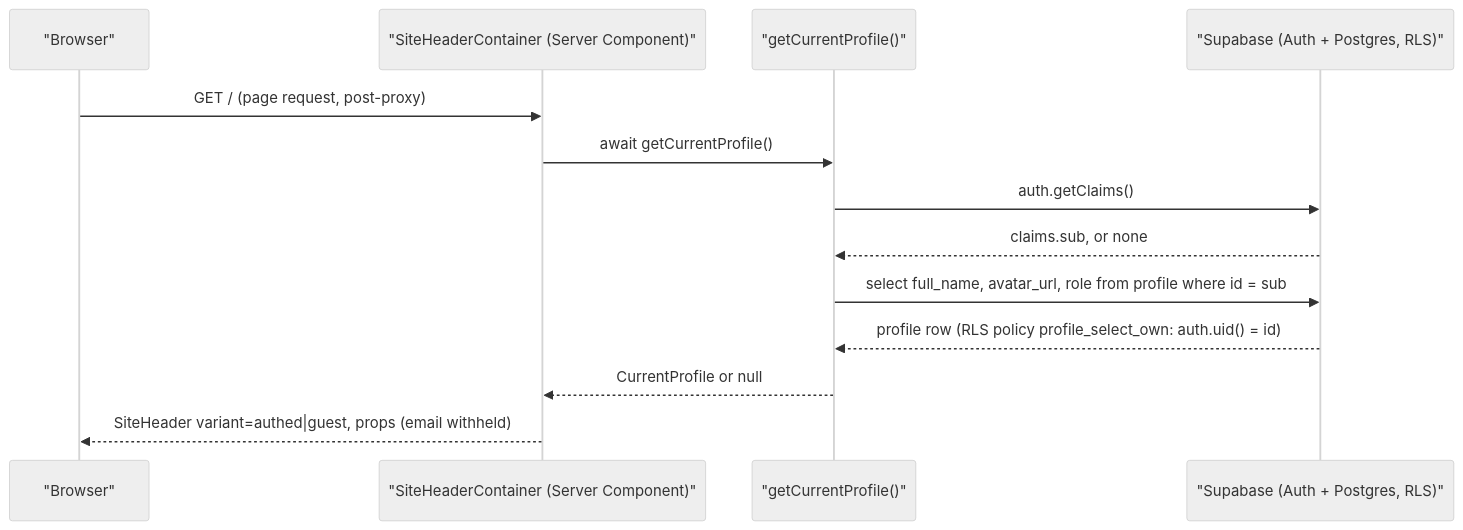
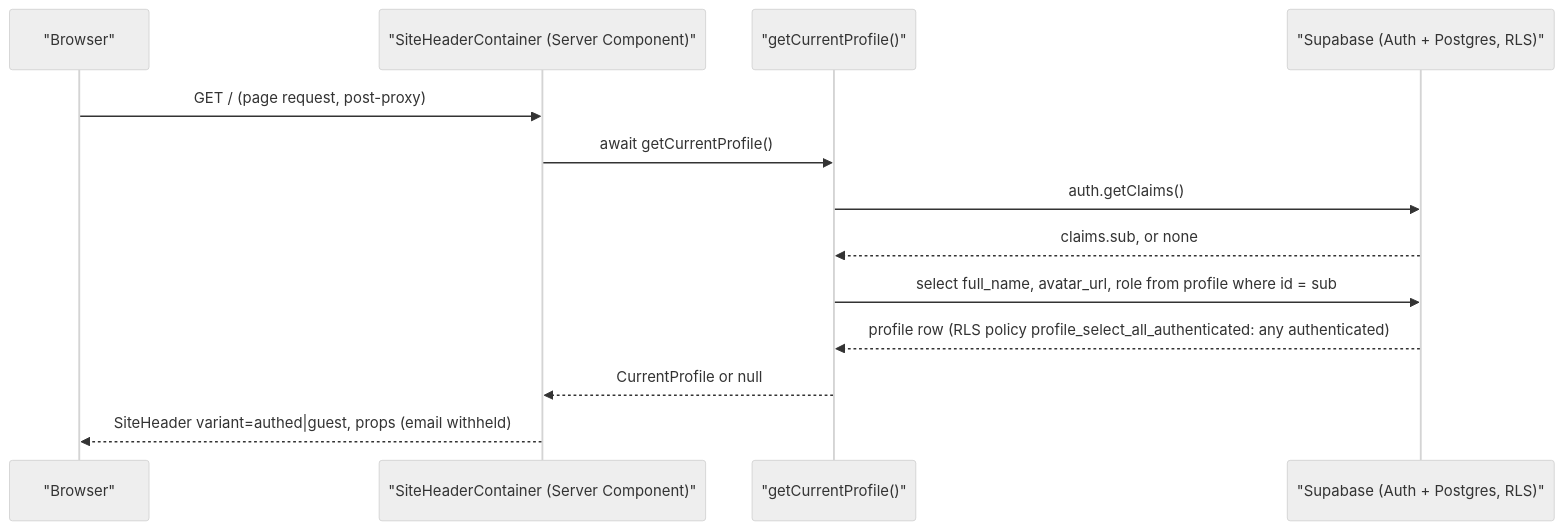
Before and after one commit to phidq-2581/saa-2025-web: the eighth of 8 diagrams in docs/system/architecture.md, drawn with Mermaid (neutral theme). The commit also changed other lines of this file and 26 other files, not shown here.

````diff
--- a/docs/system/architecture.md
+++ b/docs/system/architecture.md
@@ -173,16 +378,16 @@
 ```mermaid
 sequenceDiagram
     participant UI as "Browser"
     participant API as "SiteHeaderContainer (Server Component)"
     participant SVC as "getCurrentProfile()"
     participant STORE as "Supabase (Auth + Postgres, RLS)"
 
     UI->>API: GET / (page request, post-proxy)
     API->>SVC: await getCurrentProfile()
     SVC->>STORE: auth.getClaims()
     STORE-->>SVC: claims.sub, or none
     SVC->>STORE: select full_name, avatar_url, role from profile where id = sub
-    STORE-->>SVC: profile row (RLS policy profile_select_own: auth.uid() = id)
+    STORE-->>SVC: profile row (RLS policy profile_select_all_authenticated: any authenticated)
     SVC-->>API: CurrentProfile or null
     API-->>UI: SiteHeader variant=authed|guest, props (email withheld)
 ```
````
